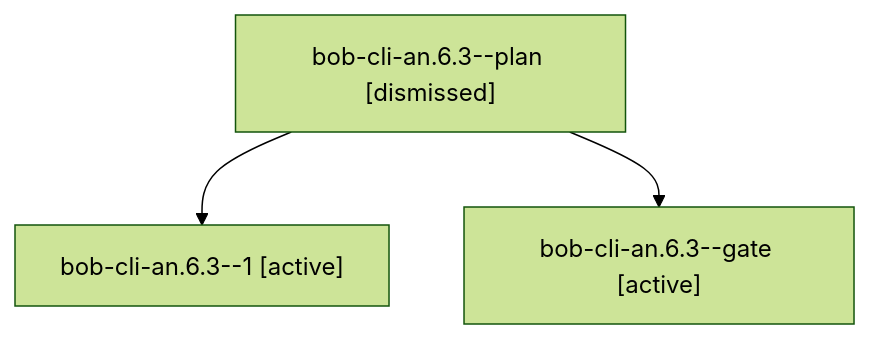
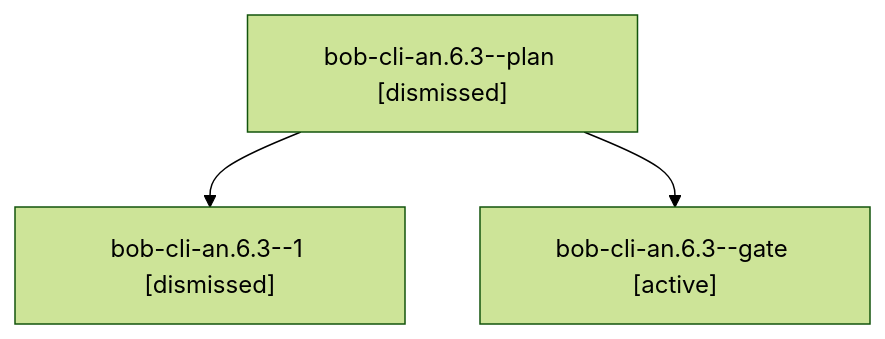
Before and after one commit to bobs-org/bob-cli--agents: the diagram in sessions/bbugyi200.athena.bob-cli-an.6.3.md, drawn with Mermaid (forest theme). The commit also changed other lines of this file and 553 other files, not shown here.

````diff
--- a/sessions/bbugyi200.athena.bob-cli-an.6.3.md
+++ b/sessions/bbugyi200.athena.bob-cli-an.6.3.md
@@ -9,8 +9,8 @@
 ```mermaid
 flowchart TD
   n0["bob-cli-an.6.3--plan [dismissed]"]
-  n1["bob-cli-an.6.3--1 [active]"]
+  n1["bob-cli-an.6.3--1 [dismissed]"]
   n0 --> n1
   n2["bob-cli-an.6.3--gate [active]"]
   n0 --> n2
 ```
````
